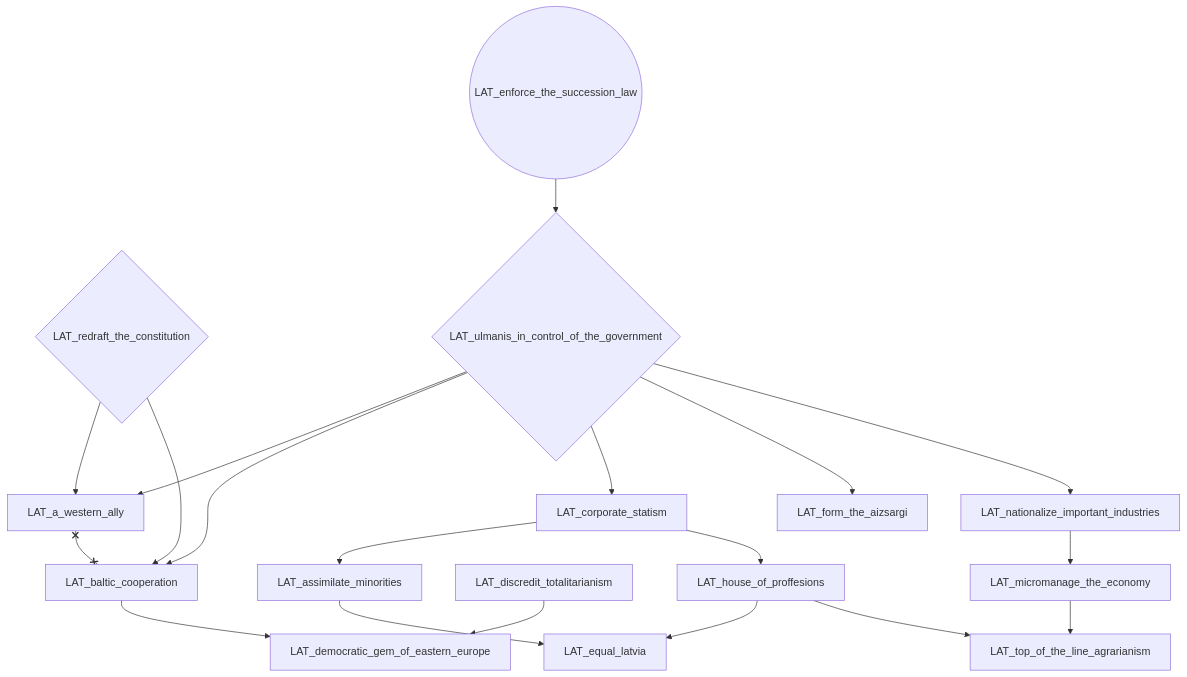
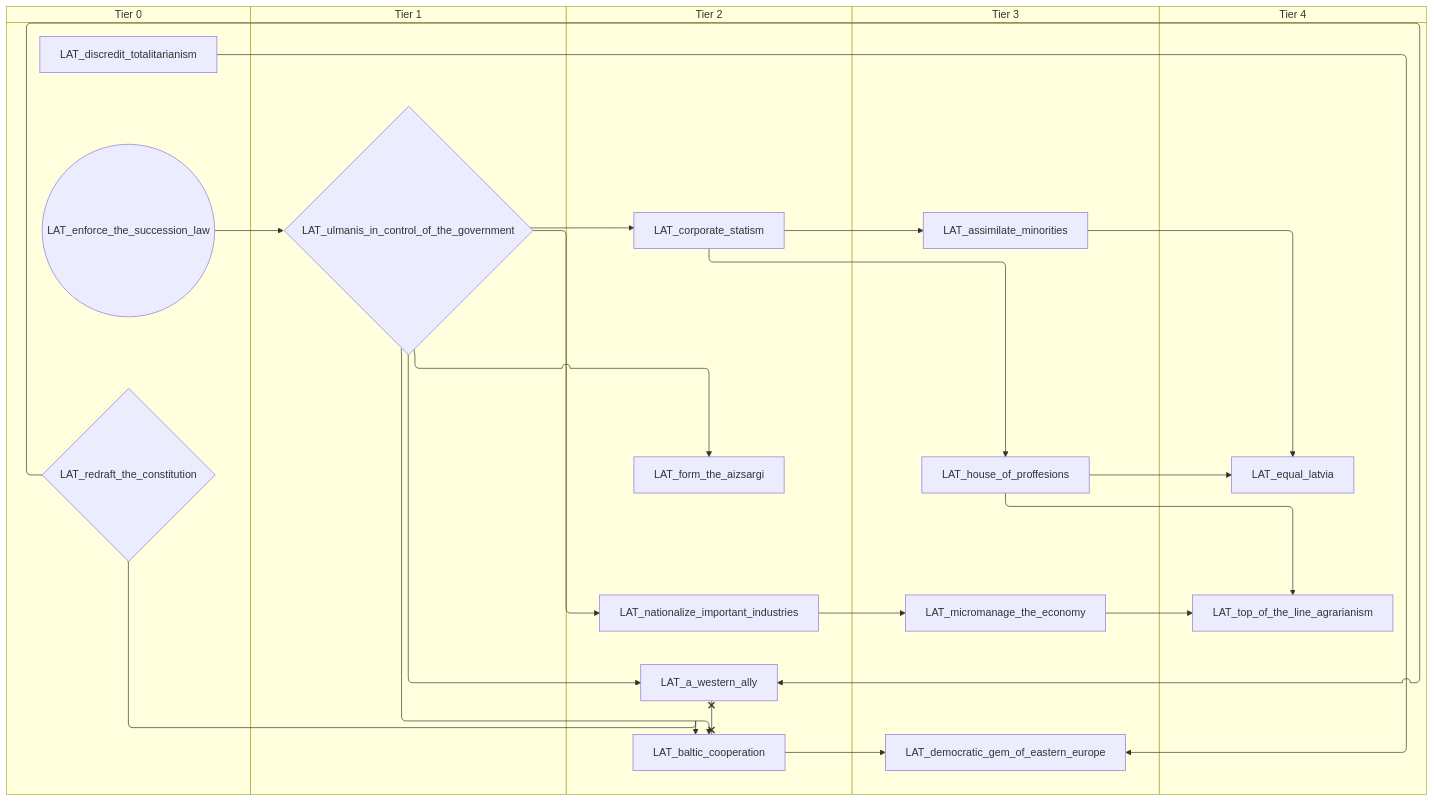
The second of 2 diagrams in docs/gdd/National Focuses/r56/r56_latvia.md (evgeny-sobol/hoi4-sandbox-mode-r56), drawn with Mermaid before and after one commit. The commit also changed other lines of this file and 423 other files, not shown here.

First line of the commit message:
Re-export Rt56 focus trees as swimlane diagrams

````diff
--- a/docs/gdd/National Focuses/r56/r56_latvia.md
+++ b/docs/gdd/National Focuses/r56/r56_latvia.md
@@ -67,36 +81,46 @@
 ```mermaid
-flowchart TD
-    n2["LAT_a_western_ally"]
-    n28["LAT_assimilate_minorities"]
-    n4["LAT_baltic_cooperation"]
-    n29["LAT_corporate_statism"]
-    n8["LAT_democratic_gem_of_eastern_europe"]
-    n9["LAT_discredit_totalitarianism"]
-    n30(("LAT_enforce_the_succession_law"))
-    n31["LAT_equal_latvia"]
-    n32["LAT_form_the_aizsargi"]
-    n33["LAT_house_of_proffesions"]
-    n34["LAT_micromanage_the_economy"]
-    n35["LAT_nationalize_important_industries"]
-    n25{"LAT_redraft_the_constitution"}
-    n36["LAT_top_of_the_line_agrarianism"]
-    n27{"LAT_ulmanis_in_control_of_the_government"}
-    n25 --> n2
-    n27 --> n2
-    n29 --> n28
-    n25 --> n4
-    n27 --> n4
-    n27 --> n29
-    n4 --> n8
-    n9 --> n8
-    n33 --> n31
-    n28 --> n31
-    n27 --> n32
+swimlane-beta TD
+    subgraph tier_0["Tier 0"]
+        n13["LAT_discredit_totalitarianism"]
+        n28(("LAT_enforce_the_succession_law"))
+        n9{"LAT_redraft_the_constitution"}
+    end
+    subgraph tier_1["Tier 1"]
+        n2{"LAT_ulmanis_in_control_of_the_government"}
+    end
+    subgraph tier_2["Tier 2"]
+        n10["LAT_a_western_ally"]
+        n11["LAT_baltic_cooperation"]
+        n29["LAT_corporate_statism"]
+        n30["LAT_form_the_aizsargi"]
+        n31["LAT_nationalize_important_industries"]
+    end
+    subgraph tier_3["Tier 3"]
+        n32["LAT_assimilate_minorities"]
+        n19["LAT_democratic_gem_of_eastern_europe"]
+        n33["LAT_house_of_proffesions"]
+        n34["LAT_micromanage_the_economy"]
+    end
+    subgraph tier_4["Tier 4"]
+        n35["LAT_equal_latvia"]
+        n36["LAT_top_of_the_line_agrarianism"]
+    end
+    n9 --> n10
+    n2 --> n10
+    n29 --> n32
+    n9 --> n11
+    n2 --> n11
+    n2 --> n29
+    n11 --> n19
+    n13 --> n19
+    n33 --> n35
+    n32 --> n35
+    n2 --> n30
     n29 --> n33
-    n35 --> n34
-    n27 --> n35
+    n31 --> n34
+    n2 --> n31
     n34 --> n36
     n33 --> n36
-    n30 --> n27
-    n2 x--x n4
+    n28 --> n2
+    n10 x--x n11
 ```
````
